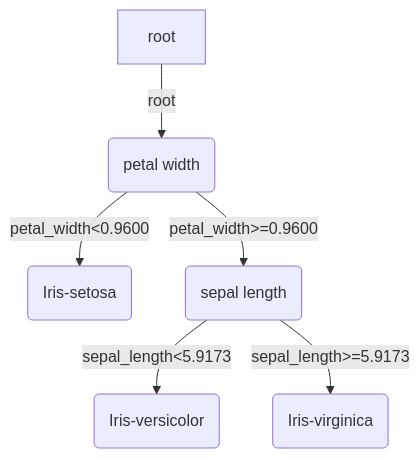
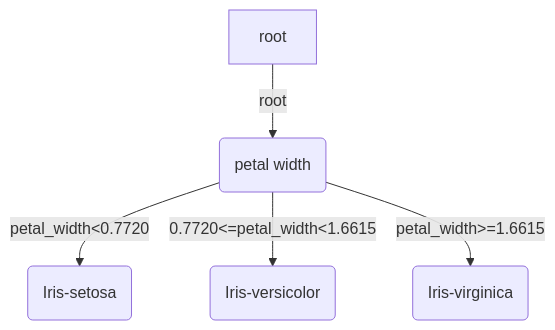
Before and after one commit to Bozenton/Decision-Tree: the third of 3 diagrams in README.md, drawn with Mermaid. The commit also changed 4 other files, not shown here.

````diff
--- a/README.md
+++ b/README.md
@@ -33,9 +33,7 @@
 ```mermaid
 graph TB
 root--root-->a(petal width)
-a(petal width)--petal_width<0.9600-->a0(Iris-setosa)
-a(petal width)--petal_width>=0.9600-->a1(sepal length)
-a1(sepal length)--sepal_length<5.9173-->a10(Iris-versicolor)
-a1(sepal length)--sepal_length>=5.9173-->a11(Iris-virginica)
-
+a(petal width)--petal_width<0.7720-->a0(Iris-setosa)
+a(petal width)--0.7720<=petal_width<1.6615-->a1(Iris-versicolor)
+a(petal width)--petal_width>=1.6615-->a2(Iris-virginica)
 ```
````
